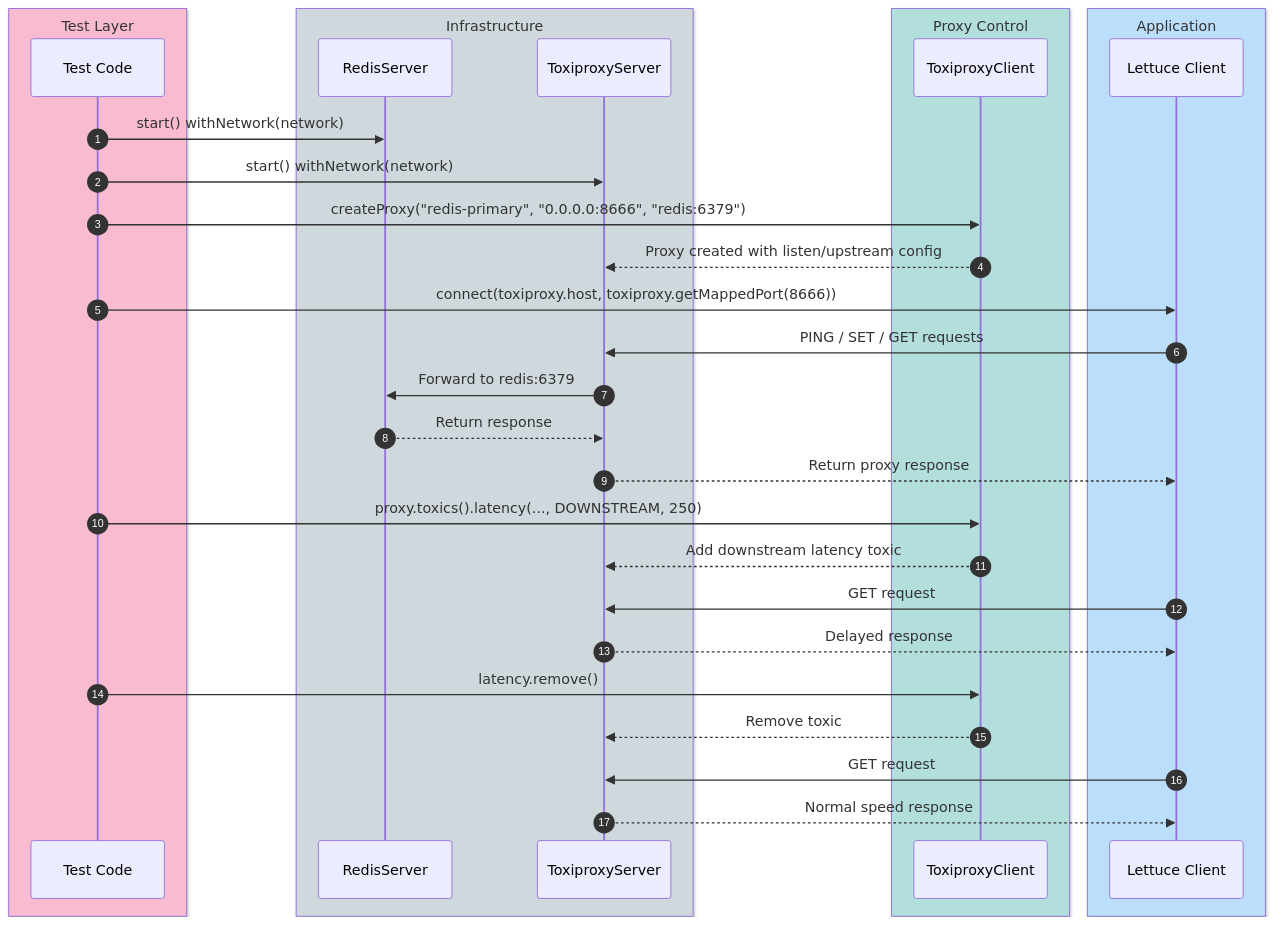
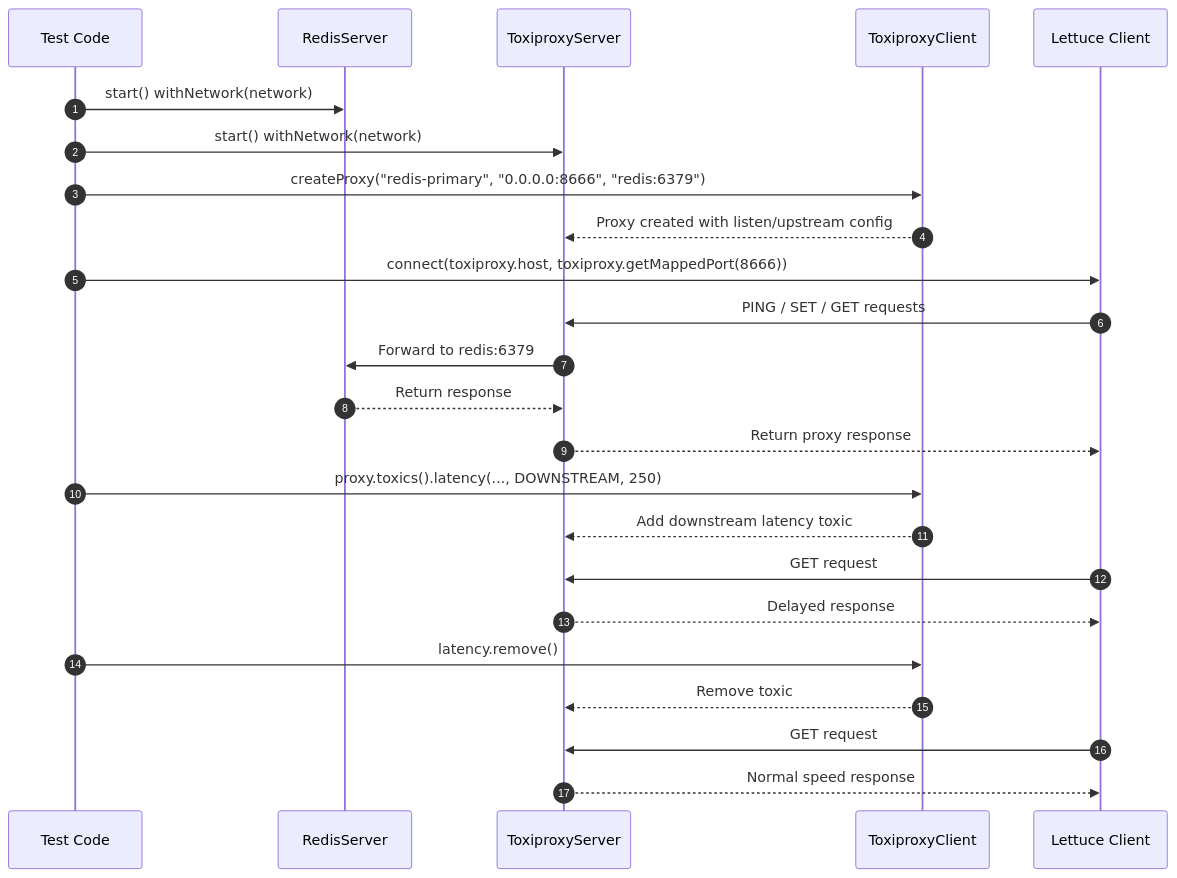
Before and after one commit to bluetape4k/bluetape4k-projects: the fourth of 4 diagrams in testing/testcontainers/README.md, drawn with Mermaid. The commit also changed other lines of this file and 219 other files, not shown here.

First line of the commit message:
docs: 전체 README Mermaid 다이어그램 가이드 적용

````diff
--- a/testing/testcontainers/README.md
+++ b/testing/testcontainers/README.md
@@ -321,38 +313,30 @@
 ```mermaid
 sequenceDiagram
     autonumber
-    box rgb(248,187,208) Test Layer
         participant TEST as Test Code
-    end
-    box rgb(207,216,220) Infrastructure
         participant REDIS as RedisServer
         participant TOXI as ToxiproxyServer
-    end
-    box rgb(178,223,219) Proxy Control
         participant API as ToxiproxyClient
-    end
-    box rgb(187,222,251) Application
         participant LETTUCE as Lettuce Client
-    end
 
     TEST->>REDIS: start() withNetwork(network)
     TEST->>TOXI: start() withNetwork(network)
     TEST->>API: createProxy("redis-primary", "0.0.0.0:8666", "redis:6379")
     API-->>TOXI: Proxy created with listen/upstream config
 
     TEST->>LETTUCE: connect(toxiproxy.host, toxiproxy.getMappedPort(8666))
     LETTUCE->>TOXI: PING / SET / GET requests
     TOXI->>REDIS: Forward to redis:6379
     REDIS-->>TOXI: Return response
     TOXI-->>LETTUCE: Return proxy response
 
     TEST->>API: proxy.toxics().latency(..., DOWNSTREAM, 250)
     API-->>TOXI: Add downstream latency toxic
     LETTUCE->>TOXI: GET request
     TOXI-->>LETTUCE: Delayed response
 
     TEST->>API: latency.remove()
     API-->>TOXI: Remove toxic
     LETTUCE->>TOXI: GET request
     TOXI-->>LETTUCE: Normal speed response
 ```
````
